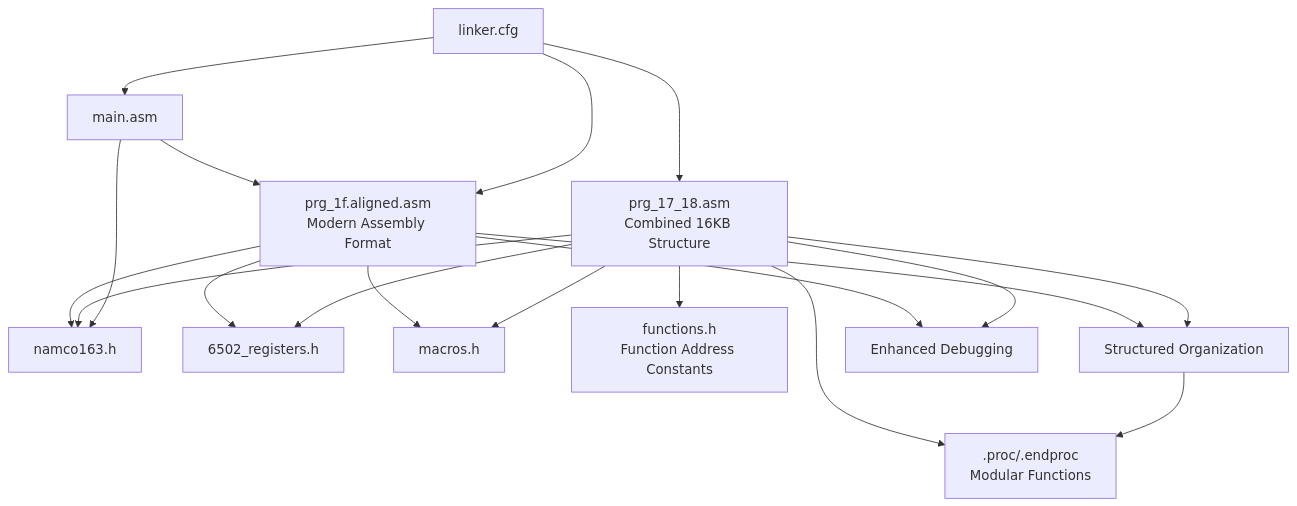
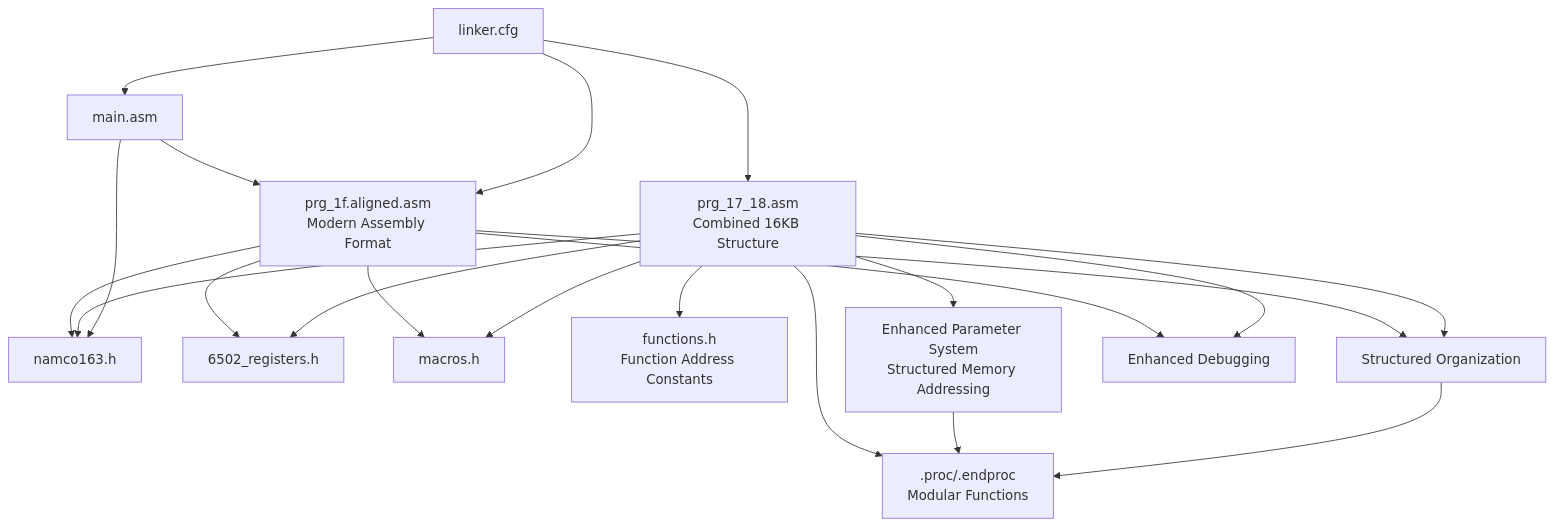
Before and after one commit to rabbyzero/sango2dasm: the tenth of 10 diagrams in .qoder/repowiki/en/content/Assembly Architecture/Assembly Architecture.md, drawn with Mermaid. The commit also changed other lines of this file and 7 other files, not shown here.

````diff
--- a/.qoder/repowiki/en/content/Assembly Architecture/Assembly Architecture.md
+++ b/.qoder/repowiki/en/content/Assembly Architecture/Assembly Architecture.md
@@ -552,21 +625,23 @@
 ```mermaid
 graph TB
 ALIGNED["prg_1f.aligned.asm<br/>Modern Assembly Format"] --> NAMCO["namco163.h"]
 ALIGNED --> REGS["6502_registers.h"]
 ALIGNED --> MACROS["macros.h"]
 COMBINED["prg_17_18.asm<br/>Combined 16KB Structure"] --> NAMCO
 COMBINED --> REGS
 COMBINED --> MACROS
 COMBINED --> FUNCTIONS["functions.h<br/>Function Address Constants"]
+COMBINED --> PARAMSYS["Enhanced Parameter System<br/>Structured Memory Addressing"]
 MAIN["main.asm"] --> ALIGNED
 MAIN --> NAMCO
 LCFG["linker.cfg"] --> ALIGNED
 LCFG --> COMBINED
 LCFG --> MAIN
 ALIGNED --> STRUCT["Structured Organization"]
 COMBINED --> STRUCT
 ALIGNED --> DEBUG["Enhanced Debugging"]
 COMBINED --> DEBUG
 COMBINED --> PROC[".proc/.endproc<br/>Modular Functions"]
+PARAMSYS --> PROC
 STRUCT --> PROC
 ```
````
